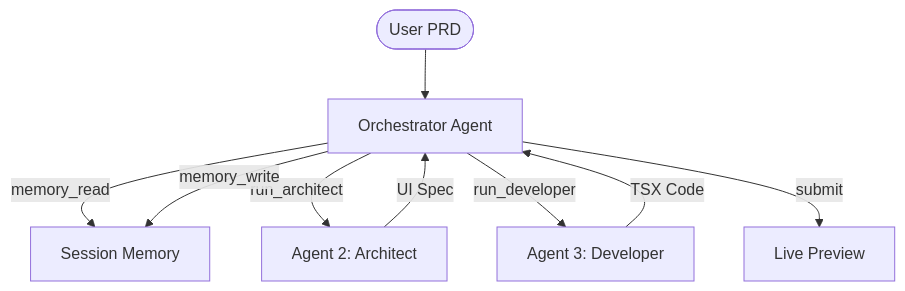
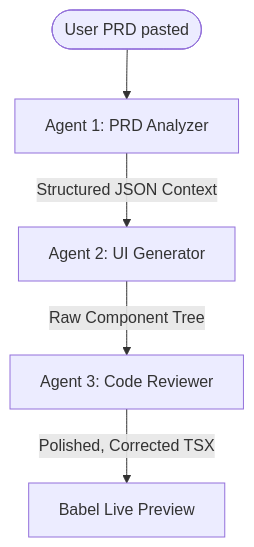
One commit to Shobhin9747/Thinkpalm-agentai-shobhin-Capstone-Sandbox-Full-Agent-Pipeline changed the diagram in README.md. Above: the diagram before and after it, drawn with Mermaid. The commit also changed other lines of this file, not shown here.

````diff
--- a/README.md
+++ b/README.md
@@ -70,11 +51,7 @@
 ```mermaid
 graph TD
-    User([User PRD]) --> Manager[Orchestrator Agent]
-    Manager -->|memory_read| Memory[Session Memory]
-    Manager -->|run_architect| Architect[Agent 2: Architect]
-    Architect -->|UI Spec| Manager
-    Manager -->|run_developer| Developer[Agent 3: Developer]
-    Developer -->|TSX Code| Manager
-    Manager -->|memory_write| Memory
-    Manager -->|submit| UI[Live Preview]
+    User([User PRD pasted]) --> Agent1[Agent 1: PRD Analyzer]
+    Agent1 -->|Structured JSON Context| Agent2[Agent 2: UI Generator]
+    Agent2 -->|Raw Component Tree| Agent3[Agent 3: Code Reviewer]
+    Agent3 -->|Polished, Corrected TSX| Render[Babel Live Preview]
 ```
````
